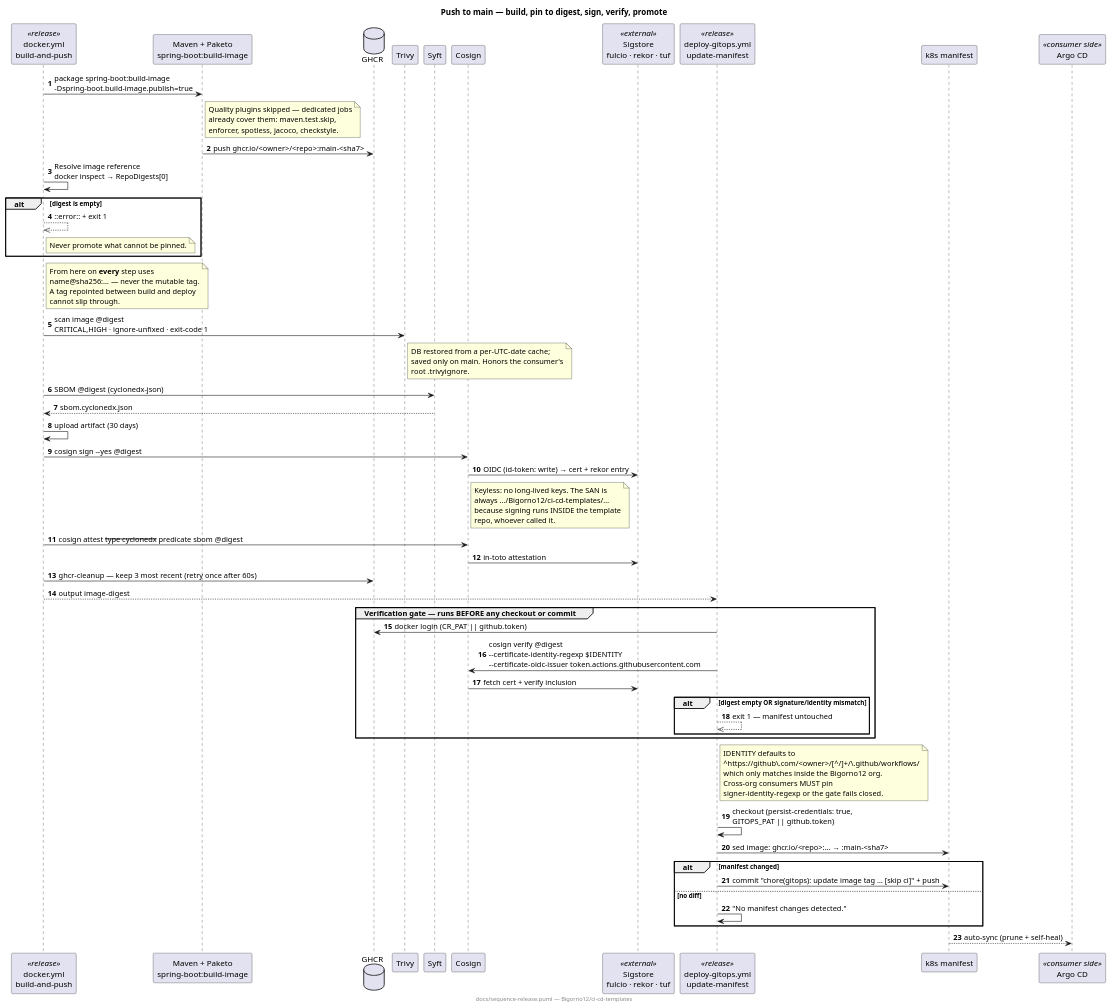
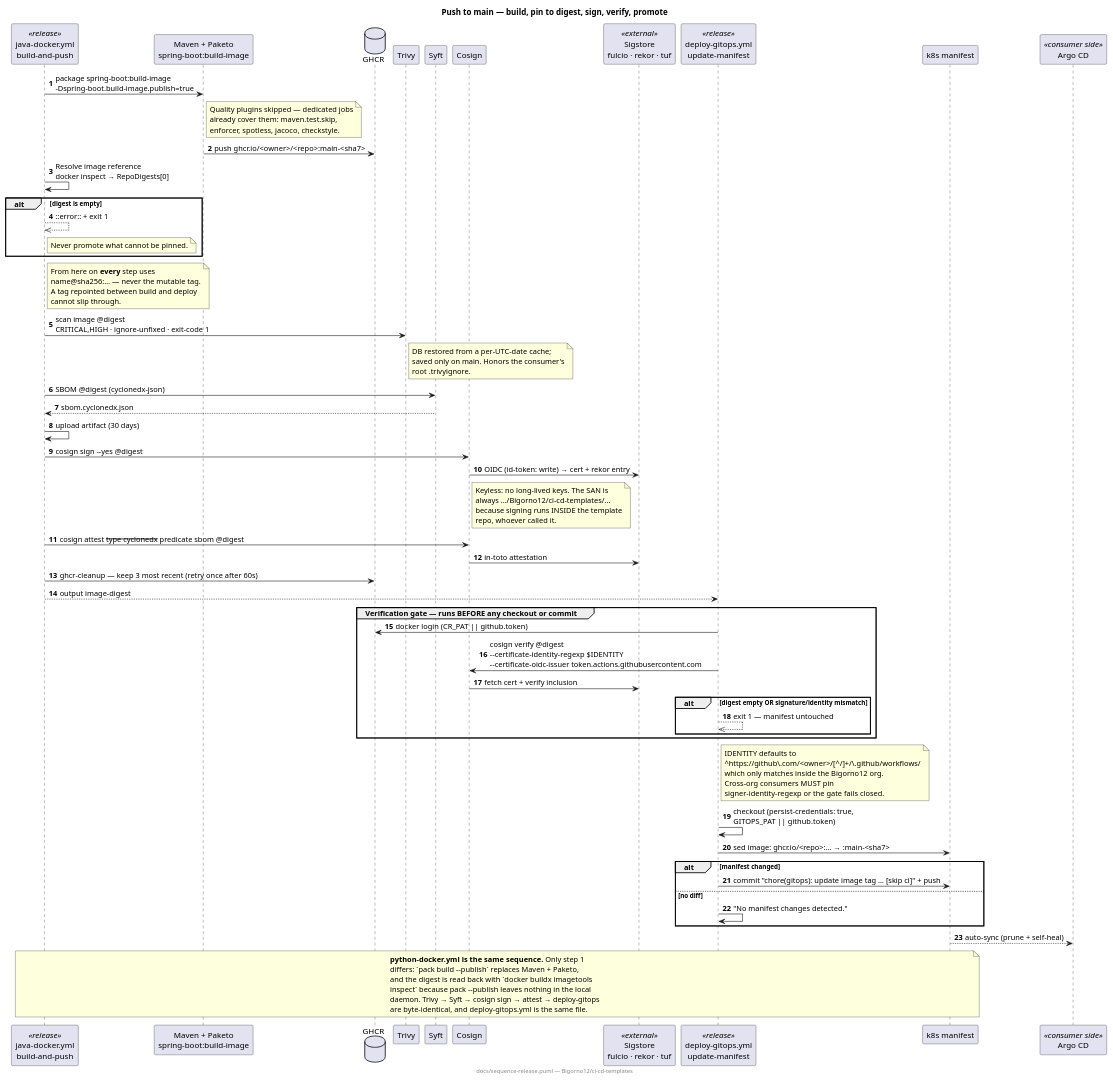
Before and after one commit to Bigorno12/ci-cd-templates: the diagram in docs/sequence-release.puml, drawn with PlantUML. The commit also changed 36 other files, not shown here.

```diff
--- a/docs/sequence-release.puml
+++ b/docs/sequence-release.puml
@@ -1,90 +1,100 @@
 @startuml sequence-release
-' Hand-maintained. Source of truth = .github/workflows/docker.yml + deploy-gitops.yml
+' Hand-maintained. Source of truth = .github/workflows/java-docker.yml + deploy-gitops.yml
+' python-docker.yml runs the identical sequence — only the build step differs (pack build).
 title Push to main — build, pin to digest, sign, verify, promote
 
 autonumber
 skinparam responseMessageBelowArrow true
 
-participant "docker.yml\nbuild-and-push" as D <<release>>
+participant "java-docker.yml\nbuild-and-push" as D <<release>>
 participant "Maven + Paketo\nspring-boot:build-image" as MVN
 database "GHCR" as GHCR
 participant "Trivy" as TRIVY
 participant "Syft" as SYFT
 participant "Cosign" as COSIGN
 participant "Sigstore\nfulcio · rekor · tuf" as SIGSTORE <<external>>
 participant "deploy-gitops.yml\nupdate-manifest" as G <<release>>
 participant "k8s manifest" as MANIFEST
 participant "Argo CD" as ARGO <<consumer side>>
 
 D -> MVN : package spring-boot:build-image\n-Dspring-boot.build-image.publish=true
 note right of MVN
   Quality plugins skipped — dedicated jobs
   already cover them: maven.test.skip,
   enforcer, spotless, jacoco, checkstyle.
 end note
 MVN -> GHCR : push ghcr.io/<owner>/<repo>:main-<sha7>
 
 D -> D : Resolve image reference\ndocker inspect → RepoDigests[0]
 alt digest is empty
   D -->> D : ::error:: + exit 1
   note right of D : Never promote what cannot be pinned.
 end
 note right of D
   From here on **every** step uses
   name@sha256:… — never the mutable tag.
   A tag repointed between build and deploy
   cannot slip through.
 end note
 
 D -> TRIVY : scan image @digest\nCRITICAL,HIGH · ignore-unfixed · exit-code 1
 note right of TRIVY
   DB restored from a per-UTC-date cache;
   saved only on main. Honors the consumer's
   root .trivyignore.
 end note
 
 D -> SYFT : SBOM @digest (cyclonedx-json)
 SYFT --> D : sbom.cyclonedx.json
 D -> D : upload artifact (30 days)
 
 D -> COSIGN : cosign sign --yes @digest
 COSIGN -> SIGSTORE : OIDC (id-token: write) → cert + rekor entry
 note right of COSIGN
   Keyless: no long-lived keys. The SAN is
   always .../Bigorno12/ci-cd-templates/…
   because signing runs INSIDE the template
   repo, whoever called it.
 end note
 D -> COSIGN : cosign attest --type cyclonedx --predicate sbom @digest
 COSIGN -> SIGSTORE : in-toto attestation
 D -> GHCR : ghcr-cleanup — keep 3 most recent (retry once after 60s)
 
 D --> G : output image-digest
 
 group Verification gate — runs BEFORE any checkout or commit
   G -> GHCR : docker login (CR_PAT || github.token)
   G -> COSIGN : cosign verify @digest\n--certificate-identity-regexp $IDENTITY\n--certificate-oidc-issuer token.actions.githubusercontent.com
   COSIGN -> SIGSTORE : fetch cert + verify inclusion
   alt digest empty OR signature/identity mismatch
     G -->> G : exit 1 — manifest untouched
   end
 end
 note right of G
   IDENTITY defaults to
   ^https://github\.com/<owner>/[^/]+/\.github/workflows/
   which only matches inside the Bigorno12 org.
   Cross-org consumers MUST pin
   signer-identity-regexp or the gate fails closed.
 end note
 
 G -> G : checkout (persist-credentials: true,\nGITOPS_PAT || github.token)
 G -> MANIFEST : sed image: ghcr.io/<repo>:… → :main-<sha7>
 alt manifest changed
   G -> MANIFEST : commit "chore(gitops): update image tag … [skip ci]" + push
 else no diff
   G -> G : "No manifest changes detected."
 end
 MANIFEST --> ARGO : auto-sync (prune + self-heal)
 
+note over D, MANIFEST
+  **python-docker.yml is the same sequence.** Only step 1
+  differs: `pack build --publish` replaces Maven + Paketo,
+  and the digest is read back with `docker buildx imagetools
+  inspect` because pack --publish leaves nothing in the local
+  daemon. Trivy → Syft → cosign sign → attest → deploy-gitops
+  are byte-identical, and deploy-gitops.yml is the same file.
+end note
+
 footer docs/sequence-release.puml — Bigorno12/ci-cd-templates
 @enduml
```
